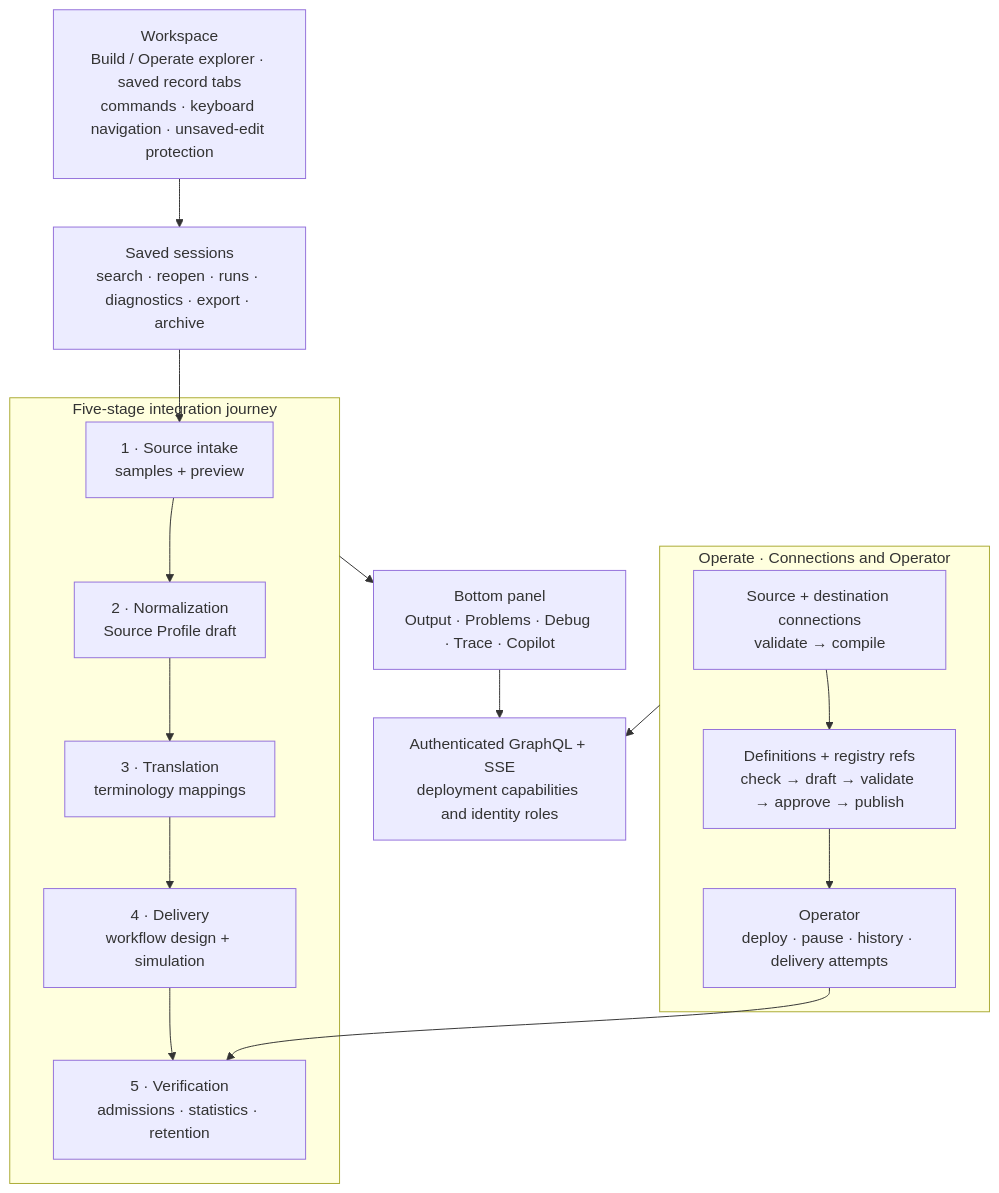
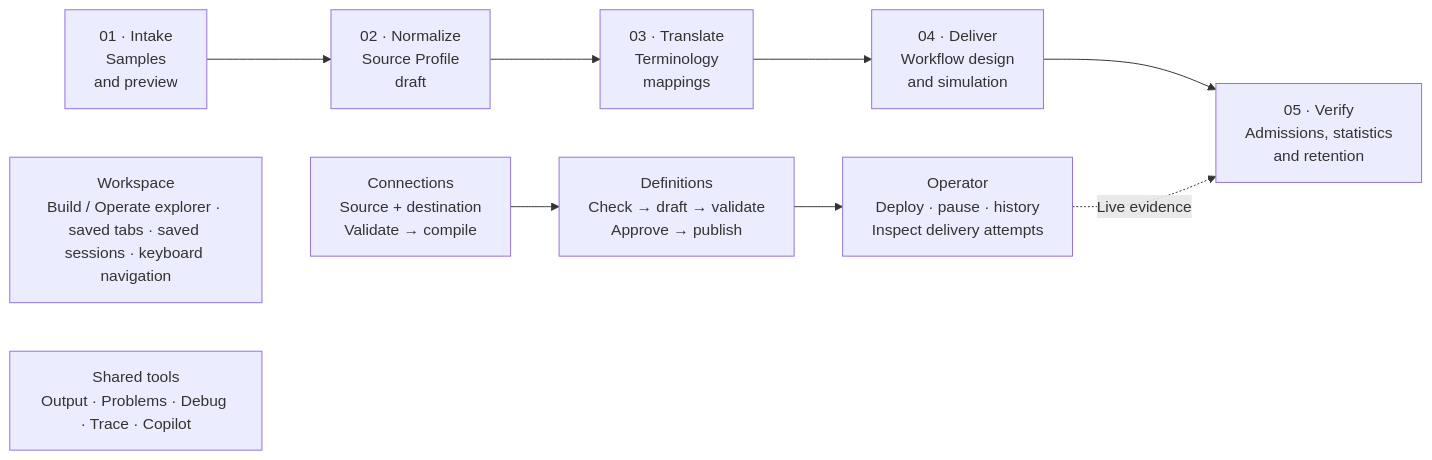
One commit to crb2nu/fi-fhir changed the diagram in docs/mermaid/ui-mapping-flow.mmd. Above: the diagram before and after it, drawn with Mermaid. The commit also changed 18 other files, not shown here.

First line of the commit message:
docs(diagrams): replace rough auto-layout with composed vector figures

```diff
--- a/docs/mermaid/ui-mapping-flow.mmd
+++ b/docs/mermaid/ui-mapping-flow.mmd
@@ -1,31 +1,21 @@
-flowchart TB
-  accTitle: Mapping Studio workspace
-  accDescr: The workspace supports a five-stage integration journey, saved sessions, connection and definition authoring, deployment and verification, with role and capability checks throughout.
-
-  SHELL["Workspace<br/>Build / Operate explorer · saved record tabs<br/>commands · keyboard navigation · unsaved-edit protection"]
-  SESSIONS["Saved sessions<br/>search · reopen · runs · diagnostics · export · archive"]
-  SHELL --> SESSIONS
-
-  subgraph JOURNEY["Five-stage integration journey"]
-    INTAKE["1 · Source intake<br/>samples + preview"]
-    PROFILE["2 · Normalization<br/>Source Profile draft"]
-    TERMS["3 · Translation<br/>terminology mappings"]
-    FLOW["4 · Delivery<br/>workflow design + simulation"]
-    VERIFY["5 · Verification<br/>admissions · statistics · retention"]
-    INTAKE --> PROFILE --> TERMS --> FLOW --> VERIFY
-  end
-  SESSIONS --> INTAKE
-
-  subgraph OPERATE["Operate · Connections and Operator"]
-    CONNECTION["Source + destination connections<br/>validate → compile"]
-    DEFINITION["Definitions + registry refs<br/>check → draft → validate → approve → publish"]
-    OPERATOR["Operator<br/>deploy · pause · history · delivery attempts"]
-    CONNECTION --> DEFINITION --> OPERATOR
-  end
-  OPERATOR --> VERIFY
-
-  PANEL["Bottom panel<br/>Output · Problems · Debug · Trace · Copilot"]
-  JOURNEY --> PANEL
-  API["Authenticated GraphQL + SSE<br/>deployment capabilities and identity roles"]
-  PANEL --> API
-  OPERATE --> API
+%% Generated from docs/diagrams/narratives.yaml; do not edit.
+flowchart LR
+  accTitle: One workspace, from sample to operation
+  accDescr: Build the integration, publish its definition, and verify what happened in production.
+  intake["01 · Intake<br/>Samples<br/>and preview"]
+  profile["02 · Normalize<br/>Source Profile<br/>draft"]
+  terms["03 · Translate<br/>Terminology<br/>mappings"]
+  workflow["04 · Deliver<br/>Workflow design<br/>and simulation"]
+  verify["05 · Verify<br/>Admissions, statistics<br/>and retention"]
+  connections["Connections<br/>Source + destination<br/>Validate → compile"]
+  definitions["Definitions<br/>Check → draft → validate<br/>Approve → publish"]
+  operator["Operator<br/>Deploy · pause · history<br/>Inspect delivery attempts"]
+  workspace["Workspace<br/>Build / Operate explorer · saved tabs · saved sessions · keyboard navigation"]
+  tools["Shared tools<br/>Output · Problems · Debug · Trace · Copilot"]
+  intake --> profile
+  profile --> terms
+  terms --> workflow
+  workflow --> verify
+  connections --> definitions
+  definitions --> operator
+  operator -.->|Live evidence| verify
```
